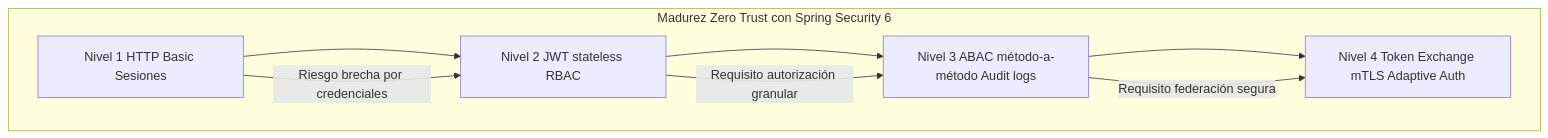
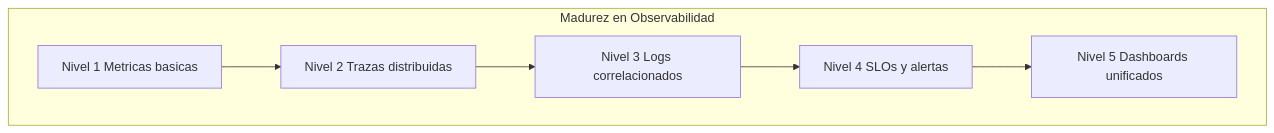
The third of 3 diagrams in 03_Spring_Ecosystem/spring_security_6_avanzado_metodo_a_metodo_y_oauth2_resource_server_STAFF.md (Joaquinriosheredia/DAM-Java-Mastery), drawn with Mermaid before and after one commit. The commit also changed other lines of this file, not shown here.

Commit message:
spring_security_6_avanzado_metodo_a_metodo_y_oauth2_resource_server_STAFF.md

````diff
--- a/03_Spring_Ecosystem/spring_security_6_avanzado_metodo_a_metodo_y_oauth2_resource_server_STAFF.md
+++ b/03_Spring_Ecosystem/spring_security_6_avanzado_metodo_a_metodo_y_oauth2_resource_server_STAFF.md
@@ -824,13 +651,10 @@
 ```mermaid
 graph TD
-    subgraph "Madurez Zero Trust con Spring Security 6"
-        L1[Nivel 1 HTTP Basic Sesiones] --> L2
-        L2[Nivel 2 JWT stateless RBAC] --> L3
-        L3[Nivel 3 ABAC método-a-método Audit logs] --> L4
-        L4[Nivel 4 Token Exchange mTLS Adaptive Auth]
+    subgraph "Madurez en Observabilidad"
+        L1[Nivel 1 Metricas basicas] --> L2
+        L2[Nivel 2 Trazas distribuidas] --> L3
+        L3[Nivel 3 Logs correlacionados] --> L4
+        L4[Nivel 4 SLOs y alertas] --> L5
+        L5[Nivel 5 Dashboards unificados]
     end
-    
-    L1 -->|Riesgo brecha por credenciales| L2
-    L2 -->|Requisito autorización granular| L3
-    L3 -->|Requisito federación segura| L4
 ```
````
